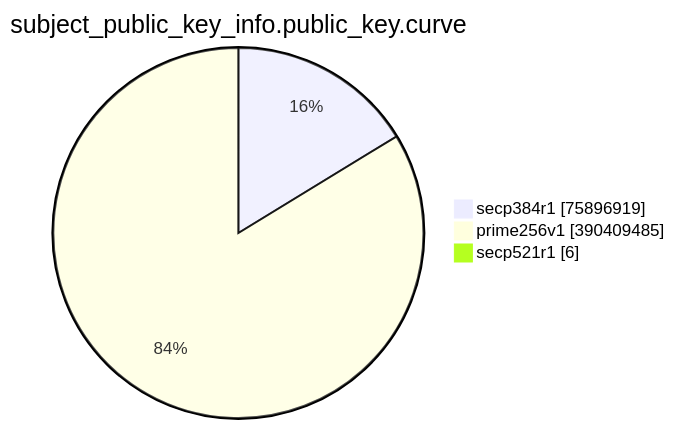
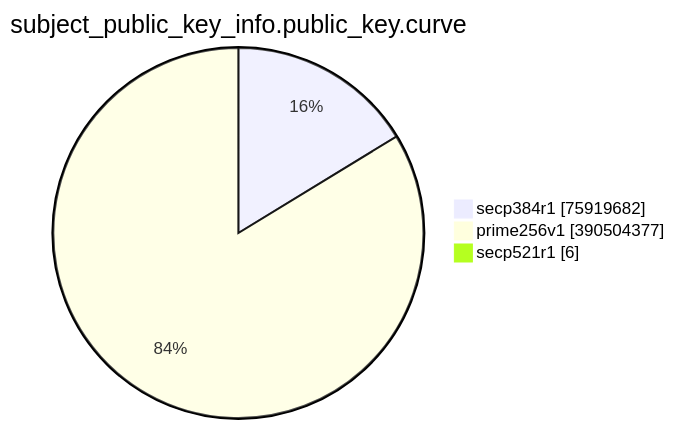
One commit to christiankrug/ctmonitor_visualization changed the eighth of 15 diagrams in TOTAL/README.md. Above: the diagram before and after it, drawn with Mermaid. The commit also changed other lines of this file, not shown here.

````diff
--- a/TOTAL/README.md
+++ b/TOTAL/README.md
@@ -3094,7 +3094,7 @@
 ```mermaid
 pie showData
 title subject_public_key_info.public_key.curve
-"secp384r1" :75896919
-"prime256v1" :390409485
+"secp384r1" :75919682
+"prime256v1" :390504377
 "secp521r1" :6
 ```
````
